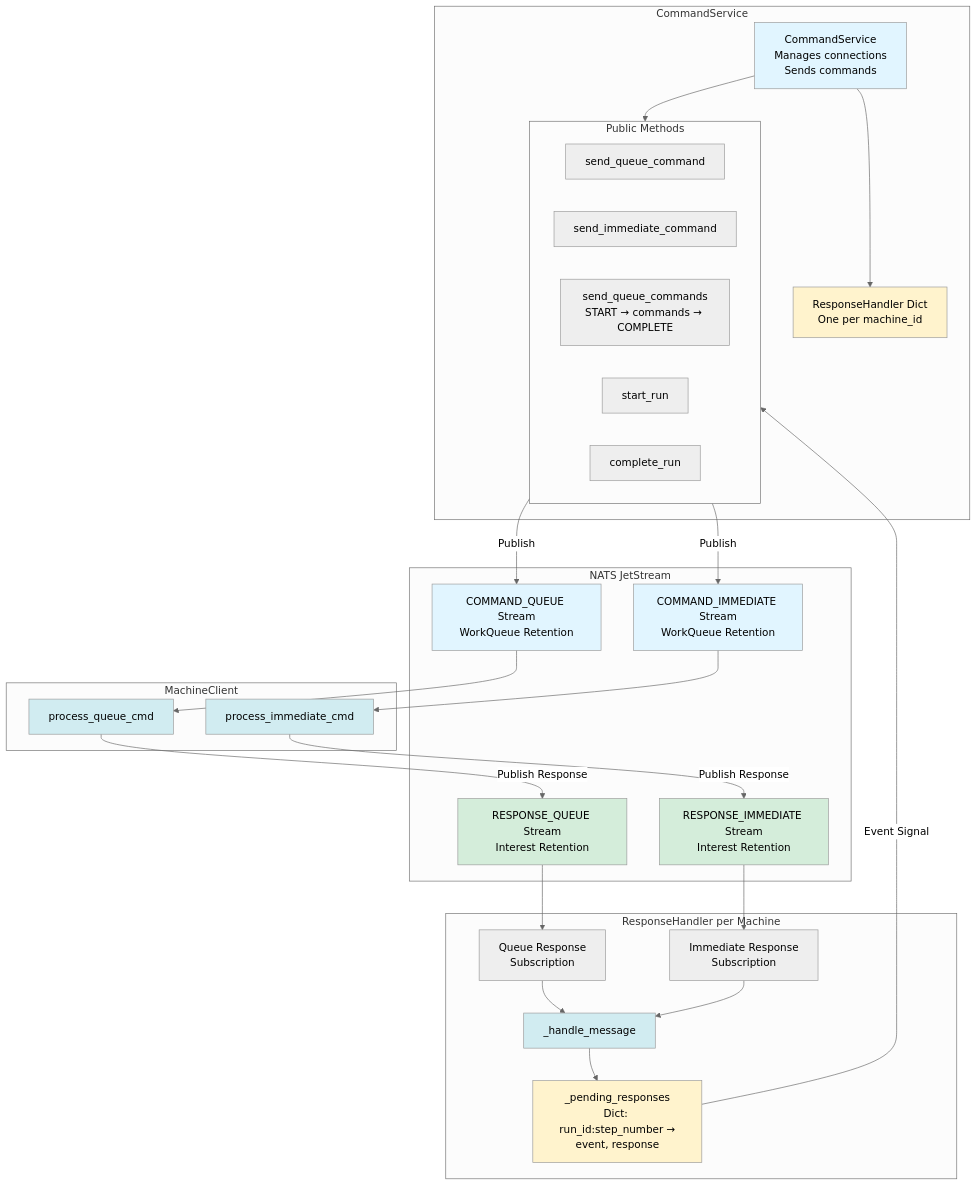
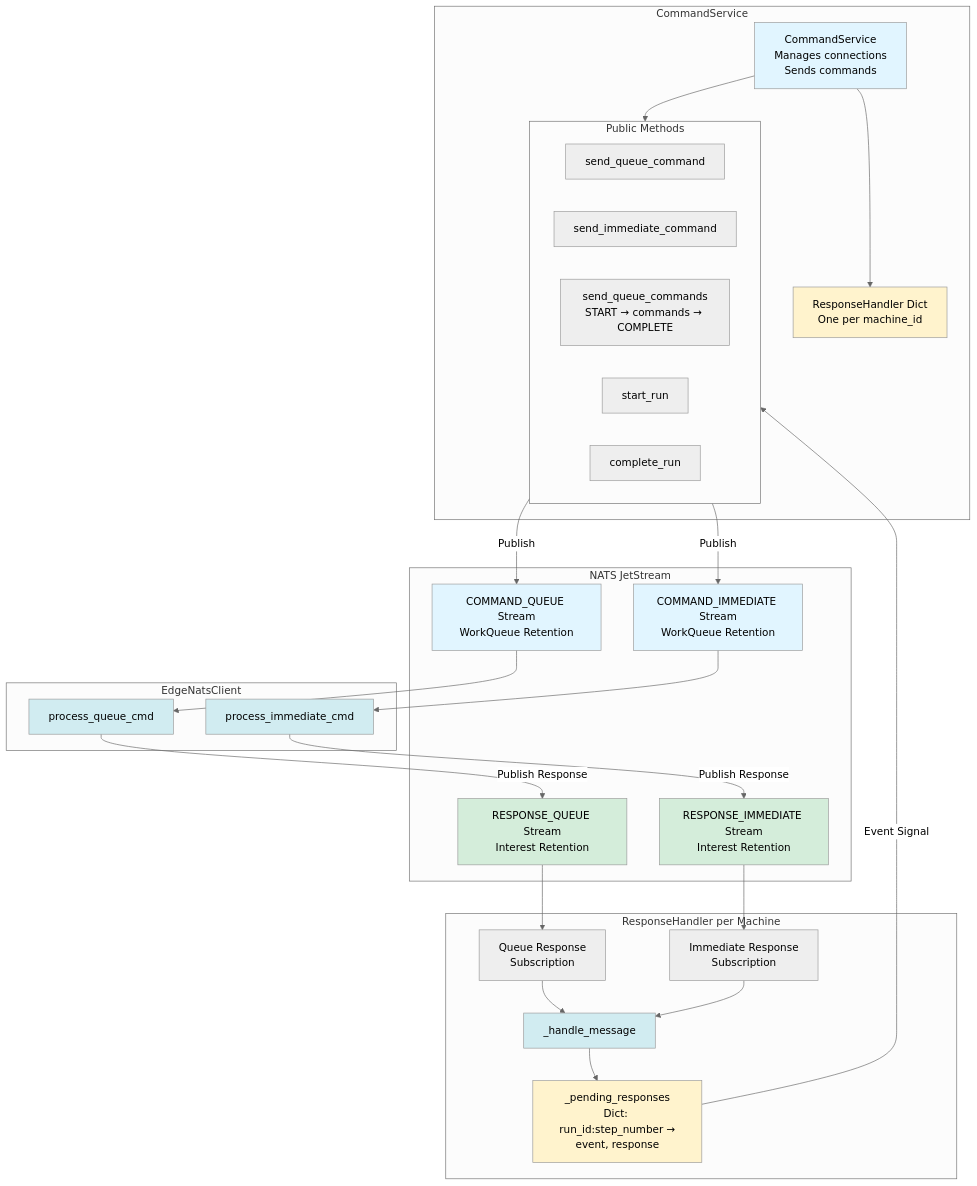
Before and after one commit to PUDAP/puda: the fifth of 5 diagrams in libs/comms/docs/command_service_diagram.md, drawn with Mermaid (neutral theme). The commit also changed 12 other files, not shown here.

First line of the commit message:
refactor(comms): new edge runner to abstract machine edge client

````diff
--- a/libs/comms/docs/command_service_diagram.md
+++ b/libs/comms/docs/command_service_diagram.md
@@ -182,62 +182,62 @@
 ```mermaid
 flowchart TB
     subgraph Client["CommandService"]
         Service[CommandService<br/>Manages connections<br/>Sends commands]
         HandlerDict[ResponseHandler Dict<br/>One per machine_id]
         
         Service --> HandlerDict
         
         subgraph Methods["Public Methods"]
             SendQueue[send_queue_command]
             SendImmediate[send_immediate_command]
             SendSequential[send_queue_commands<br/>START → commands → COMPLETE]
             StartRun[start_run]
             CompleteRun[complete_run]
         end
         
         Service --> Methods
     end
     
     subgraph Handler["ResponseHandler per Machine"]
         PendingDict[_pending_responses<br/>Dict: run_id:step_number →<br/>event, response]
         QueueSub[Queue Response<br/>Subscription]
         ImmediateSub[Immediate Response<br/>Subscription]
         
         QueueSub --> HandleMsg[_handle_message]
         ImmediateSub --> HandleMsg
         HandleMsg --> PendingDict
     end
     
     subgraph NATS["NATS JetStream"]
         CommandQueue[COMMAND_QUEUE Stream<br/>WorkQueue Retention]
         CommandImmediate[COMMAND_IMMEDIATE Stream<br/>WorkQueue Retention]
         ResponseQueue[RESPONSE_QUEUE Stream<br/>Interest Retention]
         ResponseImmediate[RESPONSE_IMMEDIATE Stream<br/>Interest Retention]
     end
     
-    subgraph Machine["MachineClient"]
+    subgraph Machine["EdgeNatsClient"]
         MachineQueue[process_queue_cmd]
         MachineImmediate[process_immediate_cmd]
     end
     
     Methods -->|Publish| CommandQueue
     Methods -->|Publish| CommandImmediate
     CommandQueue --> MachineQueue
     CommandImmediate --> MachineImmediate
     MachineQueue -->|Publish Response| ResponseQueue
     MachineImmediate -->|Publish Response| ResponseImmediate
     ResponseQueue --> QueueSub
     ResponseImmediate --> ImmediateSub
     PendingDict -->|Event Signal| Methods
     
     style Service fill:#e1f5ff,color:#000000
     style HandlerDict fill:#fff3cd,color:#000000
     style PendingDict fill:#fff3cd,color:#000000
     style CommandQueue fill:#e1f5ff,color:#000000
     style CommandImmediate fill:#e1f5ff,color:#000000
     style ResponseQueue fill:#d4edda,color:#000000
     style ResponseImmediate fill:#d4edda,color:#000000
     style MachineQueue fill:#d1ecf1,color:#000000
     style MachineImmediate fill:#d1ecf1,color:#000000
     style HandleMsg fill:#d1ecf1,color:#000000
 ```
````
